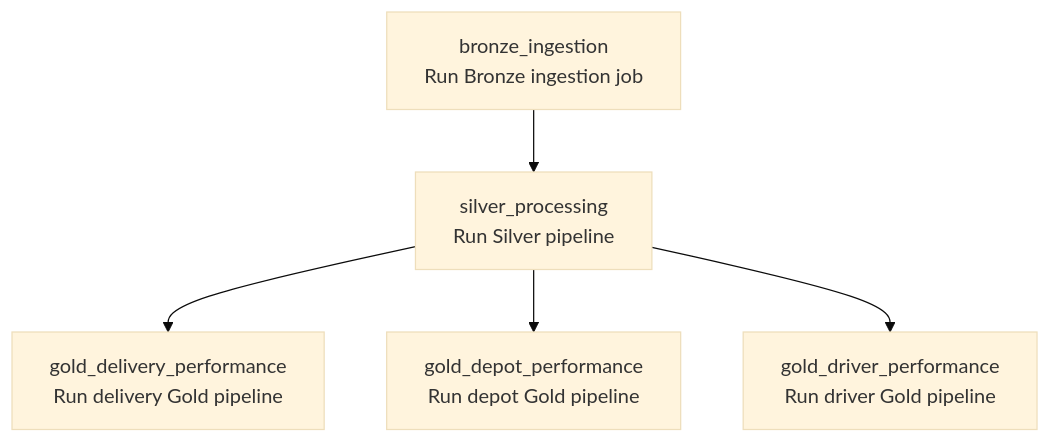
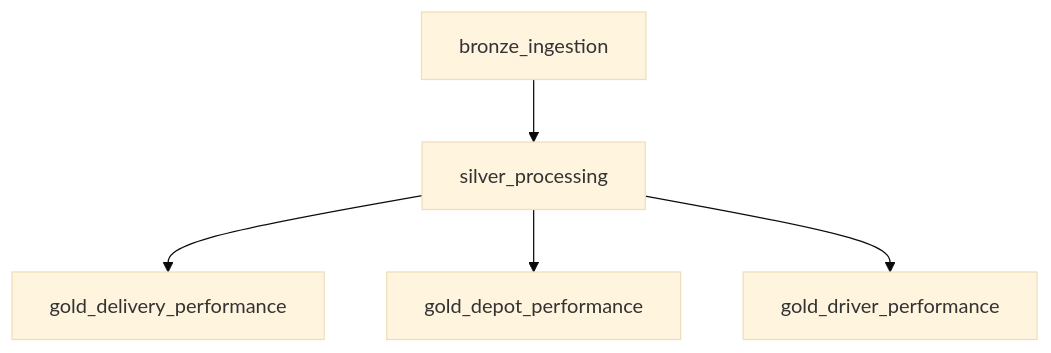
One commit to MJRML/Irish-Global-Logistics-Azure-Data-Engineering-Databricks-Lakehouse-and-BI-Platform changed the second of 2 diagrams in README.md. Above: the diagram before and after it, drawn with Mermaid (base theme). The commit also changed other lines of this file, not shown here.

````diff
--- a/README.md
+++ b/README.md
@@ -840,13 +434,13 @@
 ``` mermaid
 flowchart TD
-    A["bronze_ingestion<br/>Run Bronze ingestion job"]
-    B["silver_processing<br/>Run Silver pipeline"]
-    C["gold_delivery_performance<br/>Run delivery Gold pipeline"]
-    D["gold_depot_performance<br/>Run depot Gold pipeline"]
-    E["gold_driver_performance<br/>Run driver Gold pipeline"]
+    A["bronze_ingestion"]
+    B["silver_processing"]
+    C["gold_delivery_performance"]
+    D["gold_depot_performance"]
+    E["gold_driver_performance"]
 
     A --> B
     B --> C
     B --> D
     B --> E
 ```
````
